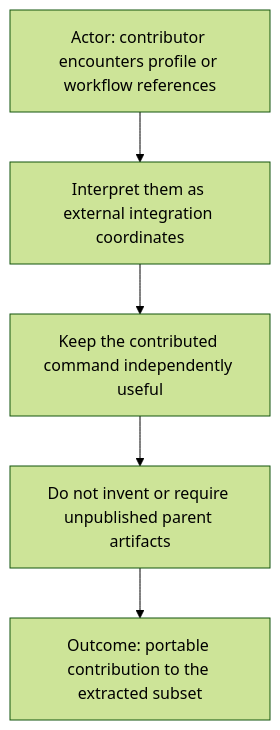
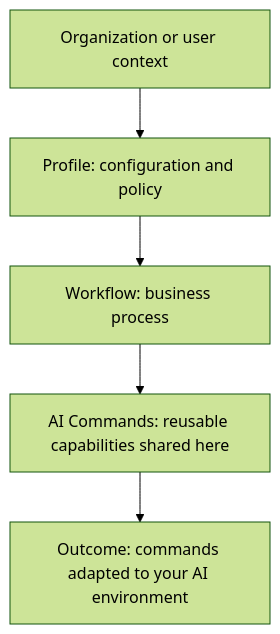
Before and after one commit to starodubtsevconsulting/ai-commands: the second of 13 diagrams in CONTRIBUTING.md, drawn with Mermaid (forest theme). The commit also changed other lines of this file and 1 other file, not shown here.

Commit message:
Clarify profiles workflows and commands

````diff
--- a/CONTRIBUTING.md
+++ b/CONTRIBUTING.md
@@ -18,8 +18,8 @@
 ```mermaid
 flowchart TD
-  Actor["Actor: contributor encounters profile or workflow references"]
-  Actor --> Context["Interpret them as external integration coordinates"]
-  Context --> Command["Keep the contributed command independently useful"]
-  Command --> Boundary["Do not invent or require unpublished parent artifacts"]
-  Boundary --> Outcome["Outcome: portable contribution to the extracted subset"]
+  Organization["Organization or user context"]
+  Organization --> Profile["Profile: configuration and policy"]
+  Profile --> Workflow["Workflow: business process"]
+  Workflow --> Commands["AI Commands: reusable capabilities shared here"]
+  Commands --> Outcome["Outcome: commands adapted to your AI environment"]
 ```
````
